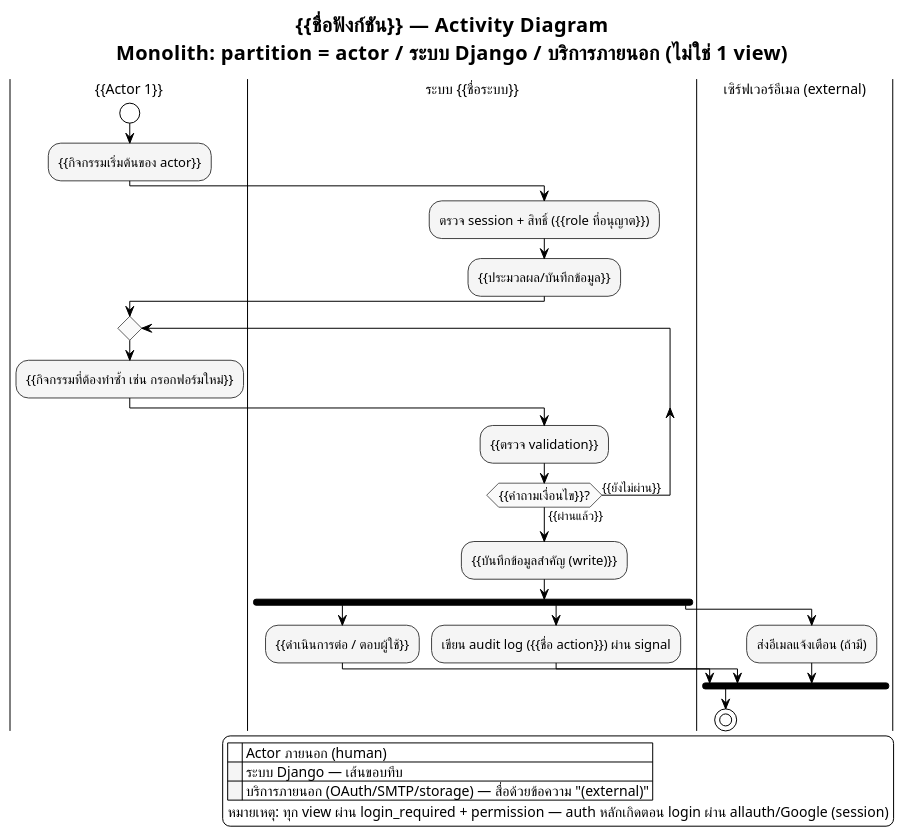
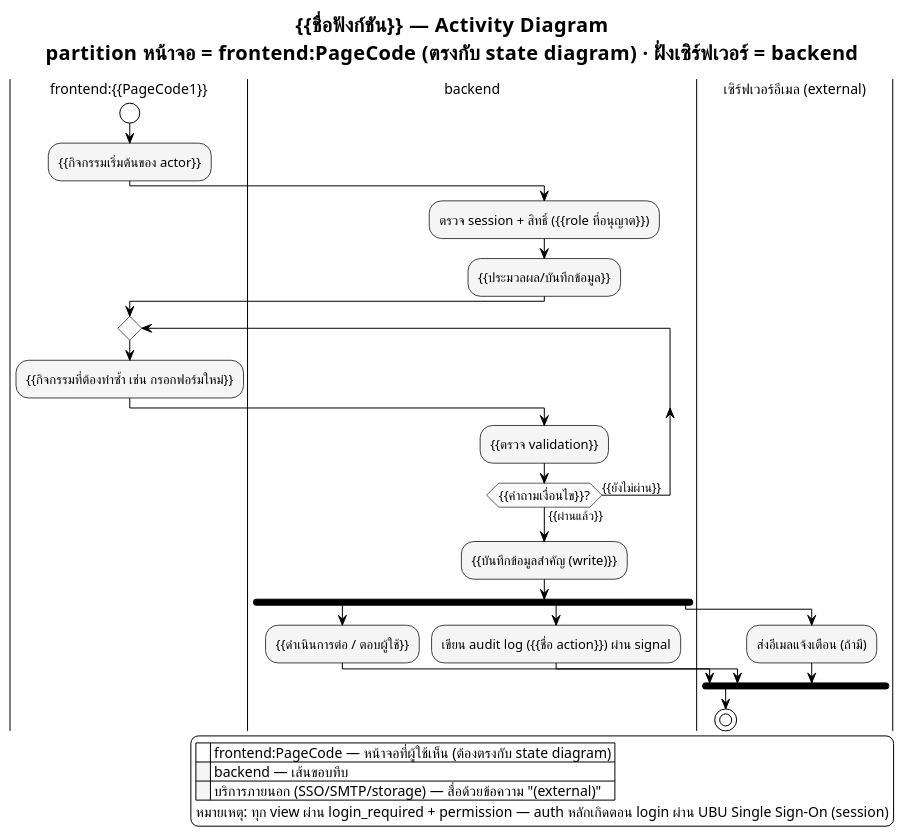
The diagram in generator/template/activity_diagram_template.md (patlnwza-007/project-2569), drawn with PlantUML before and after one commit. The commit also changed other lines of this file and 46 other files, not shown here.

First line of the commit message:
Rework UI state/activity diagrams onto frontend:PageCode/backend convention

```diff
--- a/generator/template/activity_diagram_template.md
+++ b/generator/template/activity_diagram_template.md
@@ -43,36 +56,40 @@
   DiamondBorderColor #616161
 }
 
-title {{ชื่อฟังก์ชัน}} — Activity Diagram\nMonolith: partition = actor / ระบบ Django / บริการภายนอก (ไม่ใช่ 1 view)
+title {{ชื่อฟังก์ชัน}} — Activity Diagram\npartition หน้าจอ = frontend:PageCode (ตรงกับ state diagram) · ฝั่งเซิร์ฟเวอร์ = backend
 
-' ===== Actor ภายนอก (human) ที่ริเริ่มกระบวนการ =====
-' หมายเหตุ: สมมติว่าผู้ใช้ login แล้ว (session) — ไม่ต้องวาด OAuth ซ้ำใน flow ทั่วไป
-|{{Actor 1}}|
+' ===== หน้าแรกที่ actor เริ่มกระบวนการ — PageCode ต้องมีอยู่จริงใน module_state_diagram.puml =====
+' หมายเหตุ: สมมติว่าผู้ใช้ login แล้ว (session) — ไม่ต้องวาด OAuth/SSO ซ้ำใน flow ทั่วไป
+|frontend:{{PageCode1}}|
 start
 :{{กิจกรรมเริ่มต้นของ actor}};
 
-' ===== ระบบ Django ประมวลผล (view + model + logic) =====
+' ===== ฝั่งเซิร์ฟเวอร์ประมวลผล (view + model + logic) — partition เดียวชื่อ backend เสมอ =====
 ' ถ้า flow เน้นเรื่องสิทธิ์ ใส่ step ตรวจสิทธิ์เป็นกิจกรรมแรกได้ (ไม่ใช่ partition แยก)
-|ระบบ {{ชื่อระบบ}}|
+|backend|
 :ตรวจ session + สิทธิ์ ({{role ที่อนุญาต}});
 :{{ประมวลผล/บันทึกข้อมูล}};
 
-' ===== (ทางเลือก) แยก partition ตาม Django app เฉพาะเมื่อ flow ข้ามหลาย app จริง =====
+' ===== ถ้าขั้นตอนถัดไปอยู่คนละหน้า ต้องสลับ partition ตาม PageCode ใหม่ (ตรงกับ transition ใน state diagram) =====
+'|frontend:{{PageCode2}}|
+':{{กิจกรรมบนหน้าถัดไป}};
+
+' ===== (ทางเลือก) แยก backend ตาม Django app เฉพาะเมื่อ flow ข้ามหลาย app จริง =====
 ' การเรียกข้าม app ใน monolith = in-process function call ไม่ใช่ network call (ไม่ต้องเส้นประ)
-'|{{app อื่น เช่น catalog}}|
+'|backend:{{app อื่น เช่น catalog}}|
 ':{{เช่น ลดจำนวนคงเหลือ}};
 
 ' ===== ตัวอย่าง loop/retry — ลบออกถ้าฟังก์ชันนี้ไม่มีการวนซ้ำ =====
-' ไม่มี Gateway ให้ผ่านทุกรอบ — วนที่ actor ↔ ระบบ ตรง ๆ
-|{{Actor 1}}|
+' ไม่มี Gateway ให้ผ่านทุกรอบ — วนที่ frontend:PageCode เดิม ↔ backend ตรง ๆ
+|frontend:{{PageCode1}}|
 repeat
   :{{กิจกรรมที่ต้องทำซ้ำ เช่น กรอกฟอร์มใหม่}};
-  |ระบบ {{ชื่อระบบ}}|
+  |backend|
   :{{ตรวจ validation}};
 repeat while ({{คำถามเงื่อนไข}}?) is ({{ยังไม่ผ่าน}}) not ({{ผ่านแล้ว}})
 
 ' ===== Write operation สำคัญ + side effect แบบ non-blocking (signal/async) =====
-|ระบบ {{ชื่อระบบ}}|
+|backend|
 :{{บันทึกข้อมูลสำคัญ (write)}};
 
 fork
@@ -87,10 +104,10 @@
 stop
 
 legend right
-  |<back:white>    </back>| Actor ภายนอก (human) |
-  |<back:#F5F5F5>    </back>| ระบบ Django — เส้นขอบทึบ |
-  |<back:#F5F5F5>    </back>| บริการภายนอก (OAuth/SMTP/storage) — สื่อด้วยข้อความ "(external)" |
-  หมายเหตุ: ทุก view ผ่าน login_required + permission — auth หลักเกิดตอน login ผ่าน allauth/Google (session)
+  |<back:white>    </back>| frontend:PageCode — หน้าจอที่ผู้ใช้เห็น (ต้องตรงกับ state diagram) |
+  |<back:#F5F5F5>    </back>| backend — เส้นขอบทึบ |
+  |<back:#F5F5F5>    </back>| บริการภายนอก (SSO/SMTP/storage) — สื่อด้วยข้อความ "(external)" |
+  หมายเหตุ: ทุก view ผ่าน login_required + permission — auth หลักเกิดตอน login ผ่าน UBU Single Sign-On (session)
 endlegend
 
 @enduml
```
